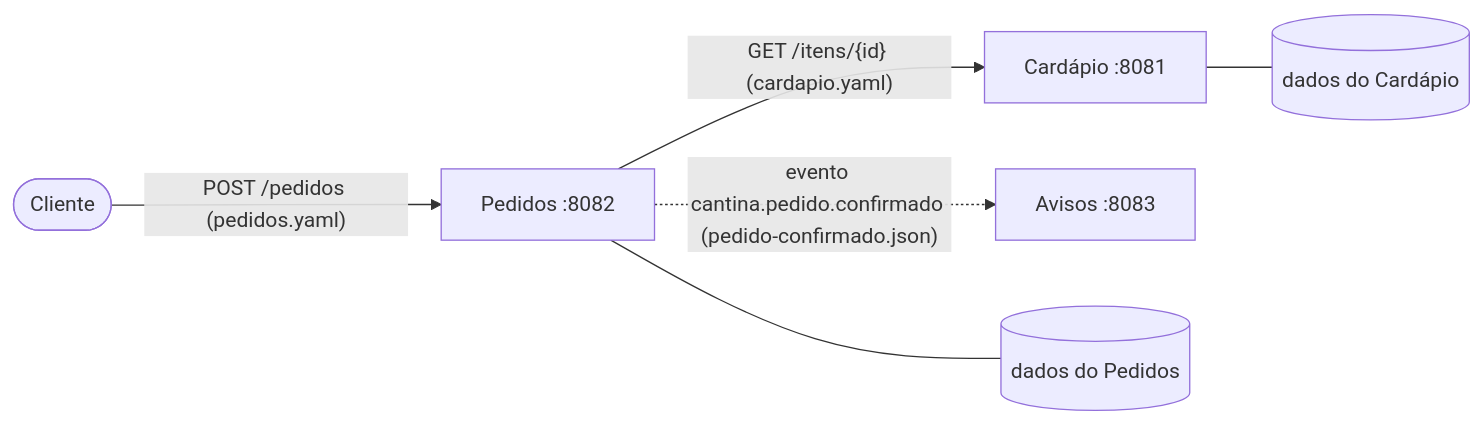
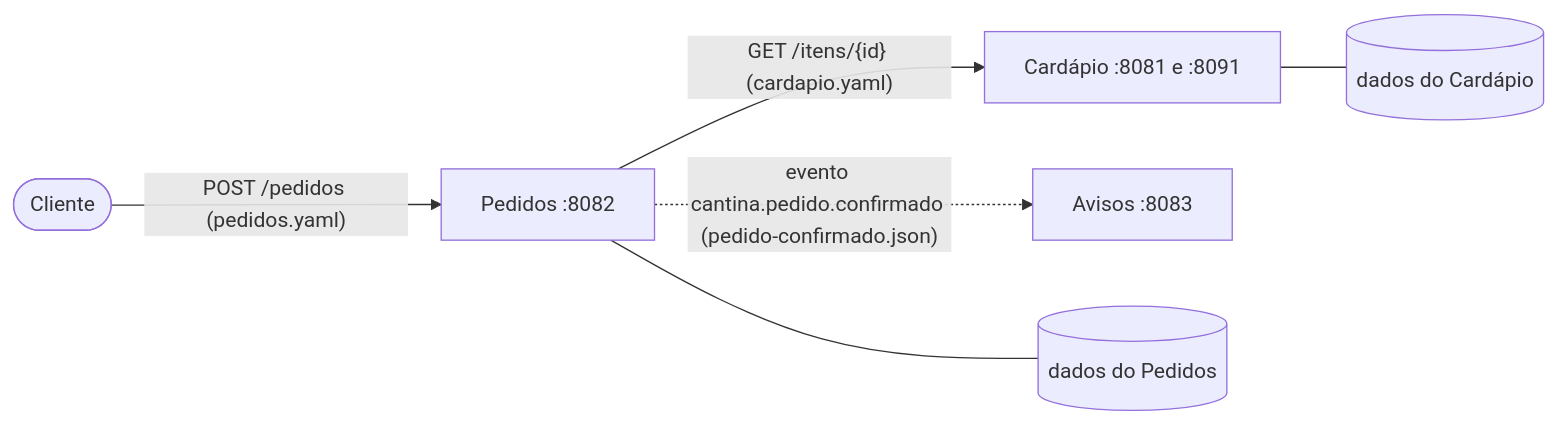
The diagram in arquitetura/estrutura.md (renan-utida/cantina-soa), drawn with Mermaid before and after one commit. The commit also changed 13 other files, not shown here.

````diff
--- a/arquitetura/estrutura.md
+++ b/arquitetura/estrutura.md
@@ -3,8 +3,8 @@
 ```mermaid
 flowchart LR
   cliente([Cliente]) -->|"POST /pedidos (pedidos.yaml)"| pedidos["Pedidos :8082"]
-  pedidos -->|"GET /itens/{id} (cardapio.yaml)"| cardapio["Cardápio :8081"]
+  pedidos -->|"GET /itens/{id} (cardapio.yaml)"| cardapio["Cardápio :8081 e :8091"]
   pedidos -.->|"evento cantina.pedido.confirmado (pedido-confirmado.json)"| avisos["Avisos :8083"]
   pedidos --- dbP[("dados do Pedidos")]
   cardapio --- dbC[("dados do Cardápio")]
 ```
````
